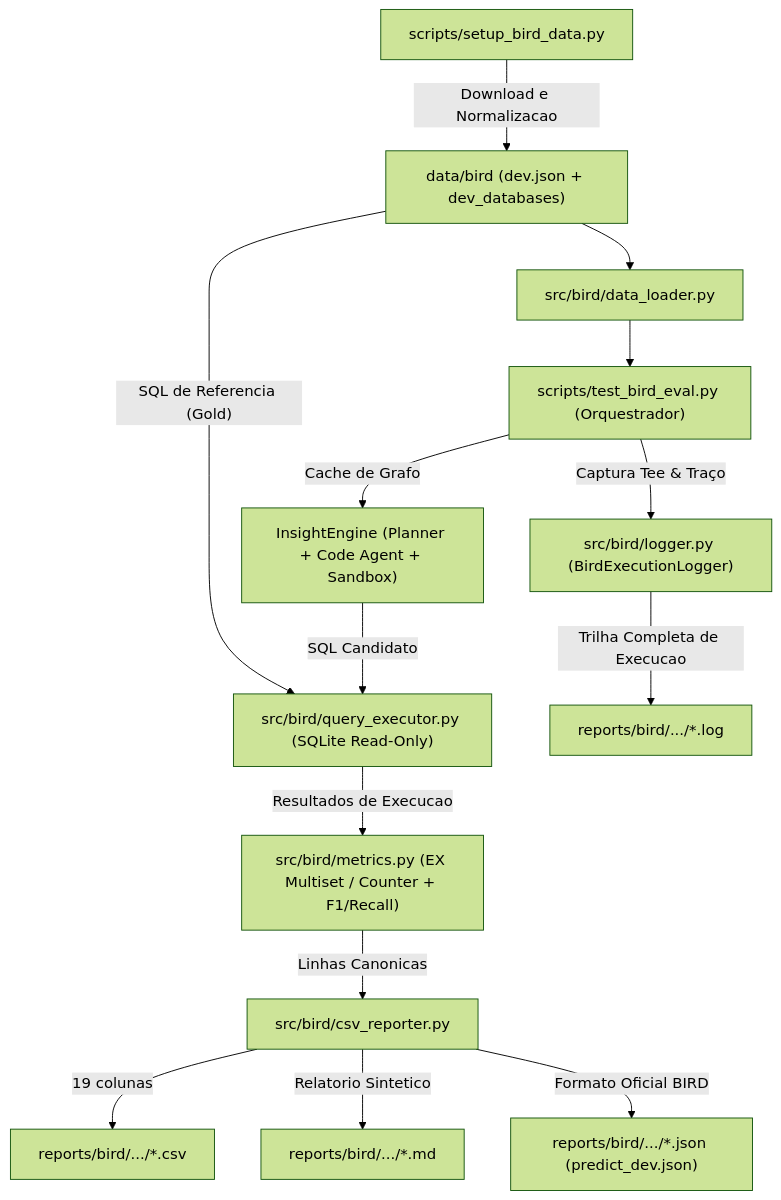
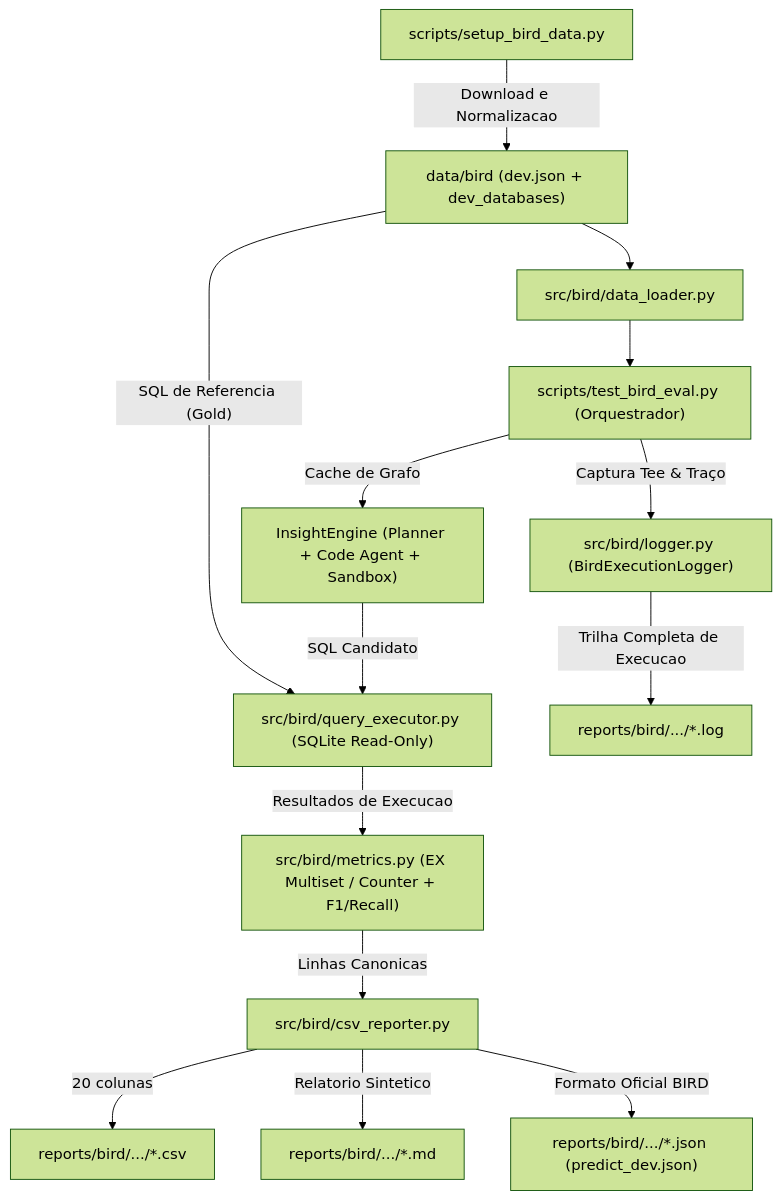
The diagram in src/bird/BENCHMARK.md (gruporaia/TextToInsight), drawn with Mermaid (forest theme) before and after one commit. The commit also changed other lines of this file and 28 other files, not shown here.

````diff
--- a/src/bird/BENCHMARK.md
+++ b/src/bird/BENCHMARK.md
@@ -11,16 +11,16 @@
 ```mermaid
 flowchart TD
     Setup["scripts/setup_bird_data.py"] -->|"Download e Normalizacao"| Data["data/bird (dev.json + dev_databases)"]
     Data --> Loader["src/bird/data_loader.py"]
     Loader --> CLI["scripts/test_bird_eval.py (Orquestrador)"]
     CLI -->|"Cache de Grafo"| Engine["InsightEngine (Planner + Code Agent + Sandbox)"]
     Engine -->|"SQL Candidato"| Executor["src/bird/query_executor.py (SQLite Read-Only)"]
     Data -->|"SQL de Referencia (Gold)"| Executor
     Executor -->|"Resultados de Execucao"| Metrics["src/bird/metrics.py (EX Multiset / Counter + F1/Recall)"]
     Metrics -->|"Linhas Canonicas"| Reporter["src/bird/csv_reporter.py"]
     CLI -->|"Captura Tee & Traço"| Logger["src/bird/logger.py (BirdExecutionLogger)"]
-    Reporter -->|"19 colunas"| CSV["reports/bird/.../*.csv"]
+    Reporter -->|"20 colunas"| CSV["reports/bird/.../*.csv"]
     Reporter -->|"Relatorio Sintetico"| MD["reports/bird/.../*.md"]
     Reporter -->|"Formato Oficial BIRD"| JSON["reports/bird/.../*.json (predict_dev.json)"]
     Logger -->|"Trilha Completa de Execucao"| LOG["reports/bird/.../*.log"]
 ```
````
